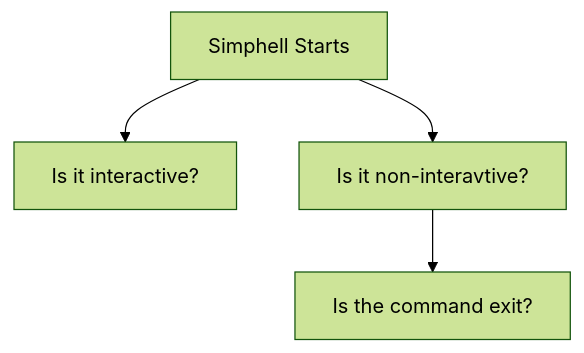
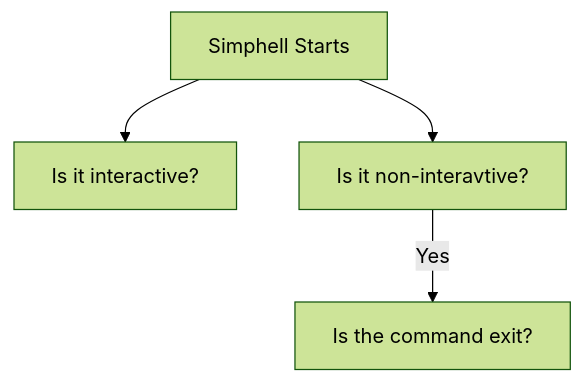
Before and after one commit to LeeWest89/MySuperRepo: the diagram in README.md, drawn with Mermaid (forest theme).

````diff
--- a/README.md
+++ b/README.md
@@ -2,6 +2,6 @@
 ```mermaid
 flowchart TD;
   A[Simphell Starts]-->B[Is it interactive?];
   A-->C[Is it non-interavtive?];
-  C-->D[Is the command exit?];
+  C--Yes-->D[Is the command exit?];
 ```
````
